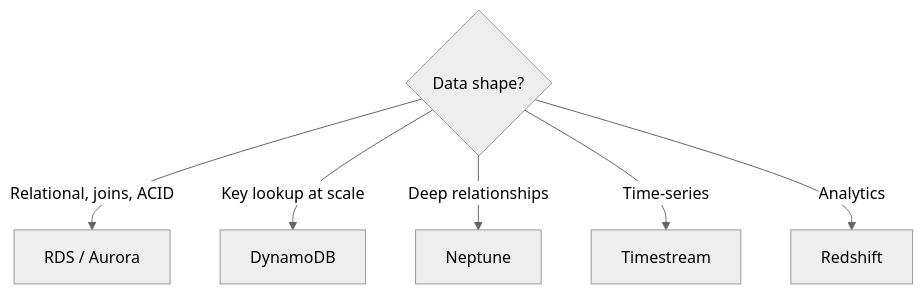
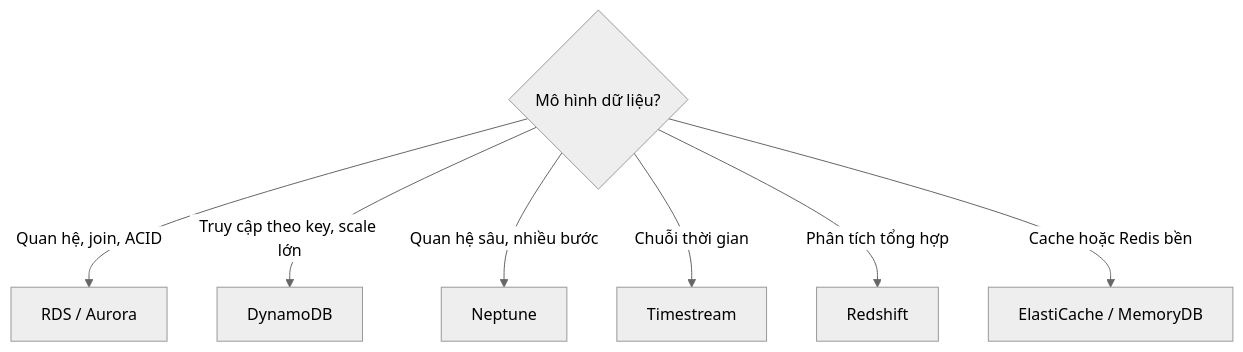
The diagram in src/assets/knowledge/playbooks/aws/aws-database-portfolio.md (passion-Infinity/personal-tech-playbook), drawn with Mermaid (neutral theme) before and after one commit. The commit also changed other lines of this file and 6 other files, not shown here.

First line of the commit message:
Deep-dive rewrite: AWS security, ElastiCache, hybrid/migration, CI/CD, advanced networking, database portfolio

````diff
--- a/src/assets/knowledge/playbooks/aws/aws-database-portfolio.md
+++ b/src/assets/knowledge/playbooks/aws/aws-database-portfolio.md
@@ -19,8 +32,9 @@
 ```mermaid
 flowchart TD
-    Q{Data shape?} -->|"Relational, joins, ACID"| A["RDS / Aurora"]
-    Q -->|"Key lookup at scale"| B[DynamoDB]
-    Q -->|"Deep relationships"| C[Neptune]
-    Q -->|"Time-series"| D[Timestream]
-    Q -->|"Analytics"| E[Redshift]
+    Q{Mô hình dữ liệu?} -->|"Quan hệ, join, ACID"| A["RDS / Aurora"]
+    Q -->|"Truy cập theo key, scale lớn"| B[DynamoDB]
+    Q -->|"Quan hệ sâu, nhiều bước"| C[Neptune]
+    Q -->|"Chuỗi thời gian"| D[Timestream]
+    Q -->|"Phân tích tổng hợp"| E[Redshift]
+    Q -->|"Cache hoặc Redis bền"| F["ElastiCache / MemoryDB"]
 ```
````
